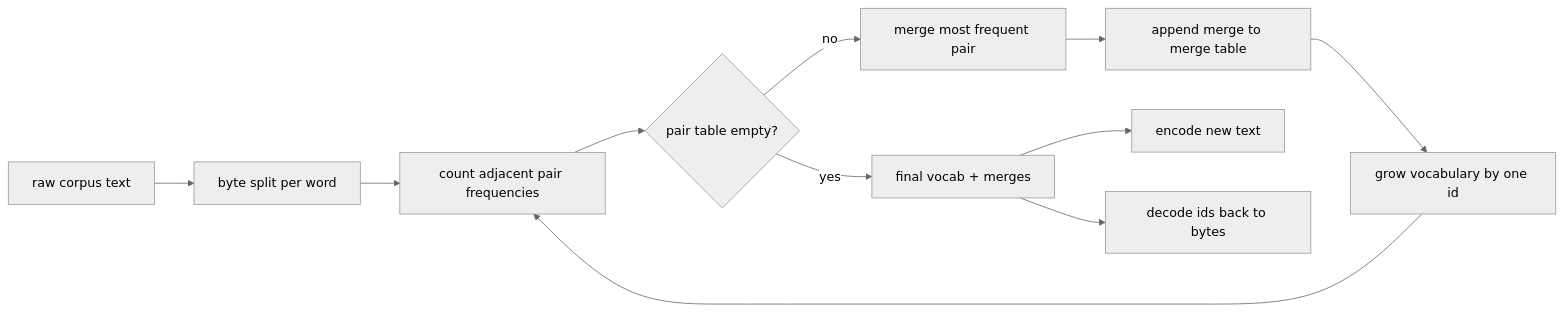
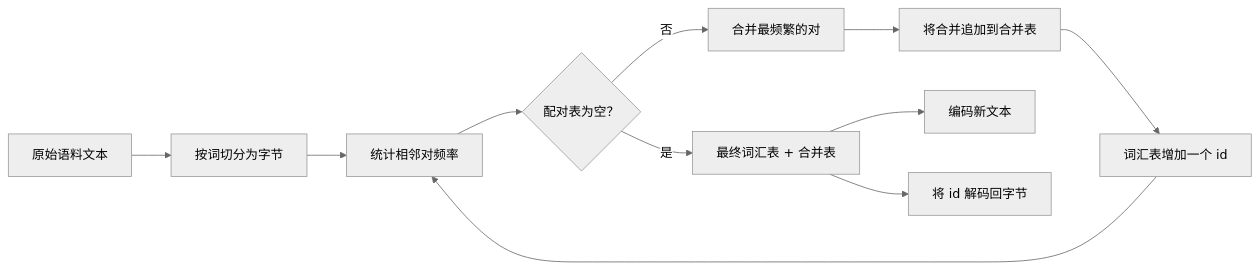
The first of 2 diagrams in lessons/19-capstone-projects/30-bpe-tokenizer-from-scratch/docs/zh.md (guangningsun/ailearning), drawn with Mermaid (neutral theme) before and after one commit. The commit also changed other lines of this file and 85 other files, not shown here.

````diff
--- a/lessons/19-capstone-projects/30-bpe-tokenizer-from-scratch/docs/zh.md
+++ b/lessons/19-capstone-projects/30-bpe-tokenizer-from-scratch/docs/zh.md
@@ -27,13 +27,13 @@
 ```mermaid
 flowchart LR
-    A[raw corpus text] --> B[byte split per word]
-    B --> C[count adjacent pair frequencies]
-    C --> D{pair table empty?}
-    D -- no --> E[merge most frequent pair]
-    E --> F[append merge to merge table]
-    F --> G[grow vocabulary by one id]
+    A[原始语料文本] --> B[按词切分为字节]
+    B --> C[统计相邻对频率]
+    C --> D{配对表为空？}
+    D -- 否 --> E[合并最频繁的对]
+    E --> F[将合并追加到合并表]
+    F --> G[词汇表增加一个 id]
     G --> C
-    D -- yes --> H[final vocab + merges]
-    H --> I[encode new text]
-    H --> J[decode ids back to bytes]
+    D -- 是 --> H[最终词汇表 + 合并表]
+    H --> I[编码新文本]
+    H --> J[将 id 解码回字节]
 ```
````
